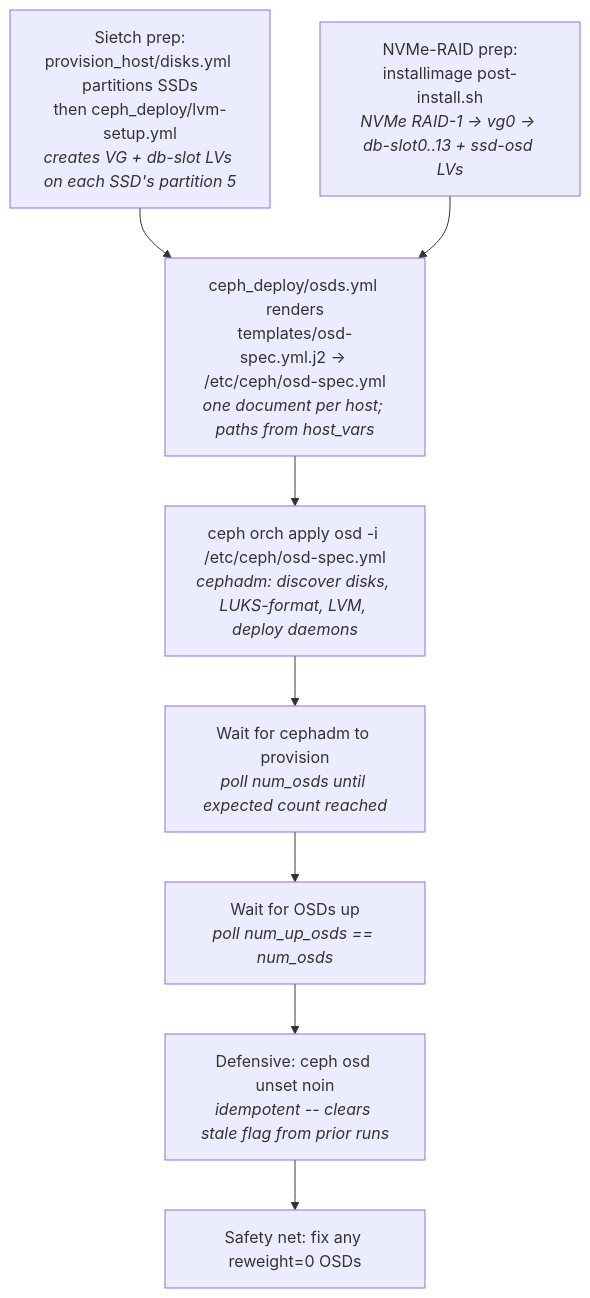
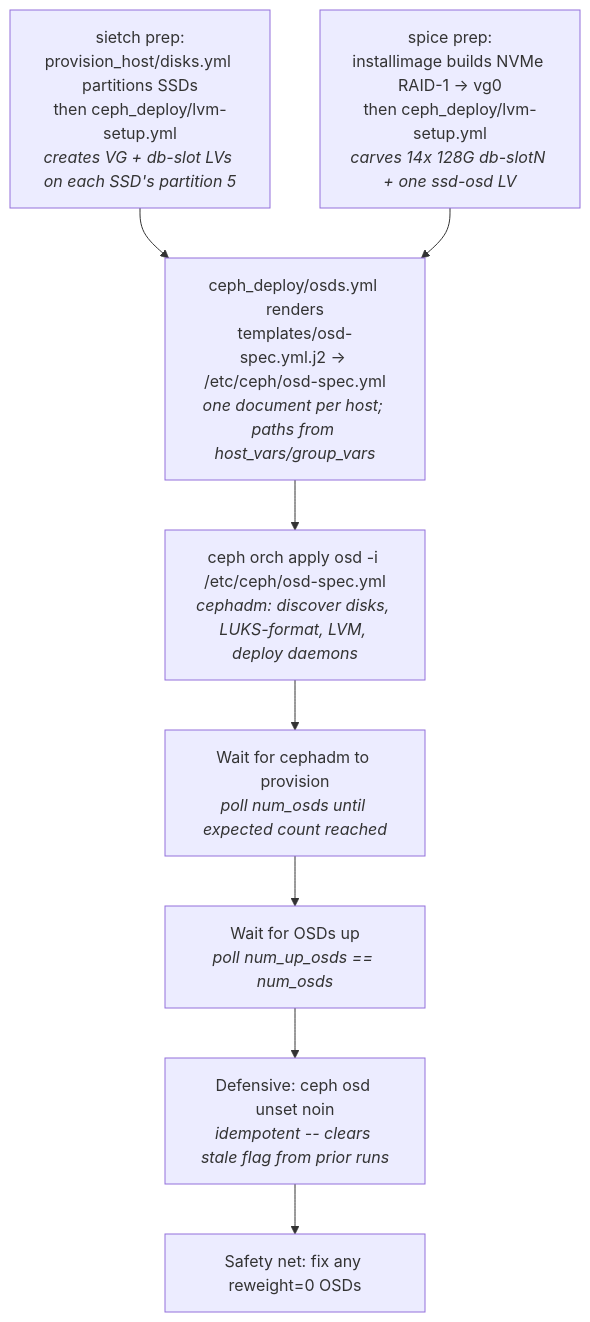
One commit to immich-app/yucca changed the tenth of 11 diagrams in ansible/ceph/docs/architecture.md. Above: the diagram before and after it, drawn with Mermaid. The commit also changed other lines of this file and 4 other files, not shown here.

Commit message:
docs(ceph): cover spice alongside sietch in the ceph docs

````diff
--- a/ansible/ceph/docs/architecture.md
+++ b/ansible/ceph/docs/architecture.md
@@ -677,15 +784,15 @@
 ```mermaid
 flowchart TB
-    SIETCH["Sietch prep:<br/>provision_host/disks.yml partitions SSDs<br/>then ceph_deploy/lvm-setup.yml<br/><i>creates VG + db-slot LVs on each SSD's partition 5</i>"]
-    NVMERAID["NVMe-RAID prep:<br/>installimage post-install.sh<br/><i>NVMe RAID-1 -> vg0 -> db-slot0..13 + ssd-osd LVs</i>"]
-    SPEC["ceph_deploy/osds.yml renders<br/>templates/osd-spec.yml.j2 -> /etc/ceph/osd-spec.yml<br/><i>one document per host; paths from host_vars</i>"]
+    SIETCH["sietch prep:<br/>provision_host/disks.yml partitions SSDs<br/>then ceph_deploy/lvm-setup.yml<br/><i>creates VG + db-slot LVs on each SSD's partition 5</i>"]
+    NVMERAID["spice prep:<br/>installimage builds NVMe RAID-1 -> vg0<br/>then ceph_deploy/lvm-setup.yml<br/><i>carves 14x 128G db-slotN + one ssd-osd LV</i>"]
+    SPEC["ceph_deploy/osds.yml renders<br/>templates/osd-spec.yml.j2 -> /etc/ceph/osd-spec.yml<br/><i>one document per host; paths from host_vars/group_vars</i>"]
     APPLY["ceph orch apply osd -i /etc/ceph/osd-spec.yml<br/><i>cephadm: discover disks, LUKS-format, LVM, deploy daemons</i>"]
     POLL["Wait for cephadm to provision<br/><i>poll num_osds until expected count reached</i>"]
     UP["Wait for OSDs up<br/><i>poll num_up_osds == num_osds</i>"]
     UNSET["Defensive: ceph osd unset noin<br/><i>idempotent -- clears stale flag from prior runs</i>"]
     REWEIGHT["Safety net: fix any reweight=0 OSDs"]
 
     SIETCH --> SPEC
     NVMERAID --> SPEC
     SPEC --> APPLY --> POLL --> UP --> UNSET --> REWEIGHT
 ```
````
